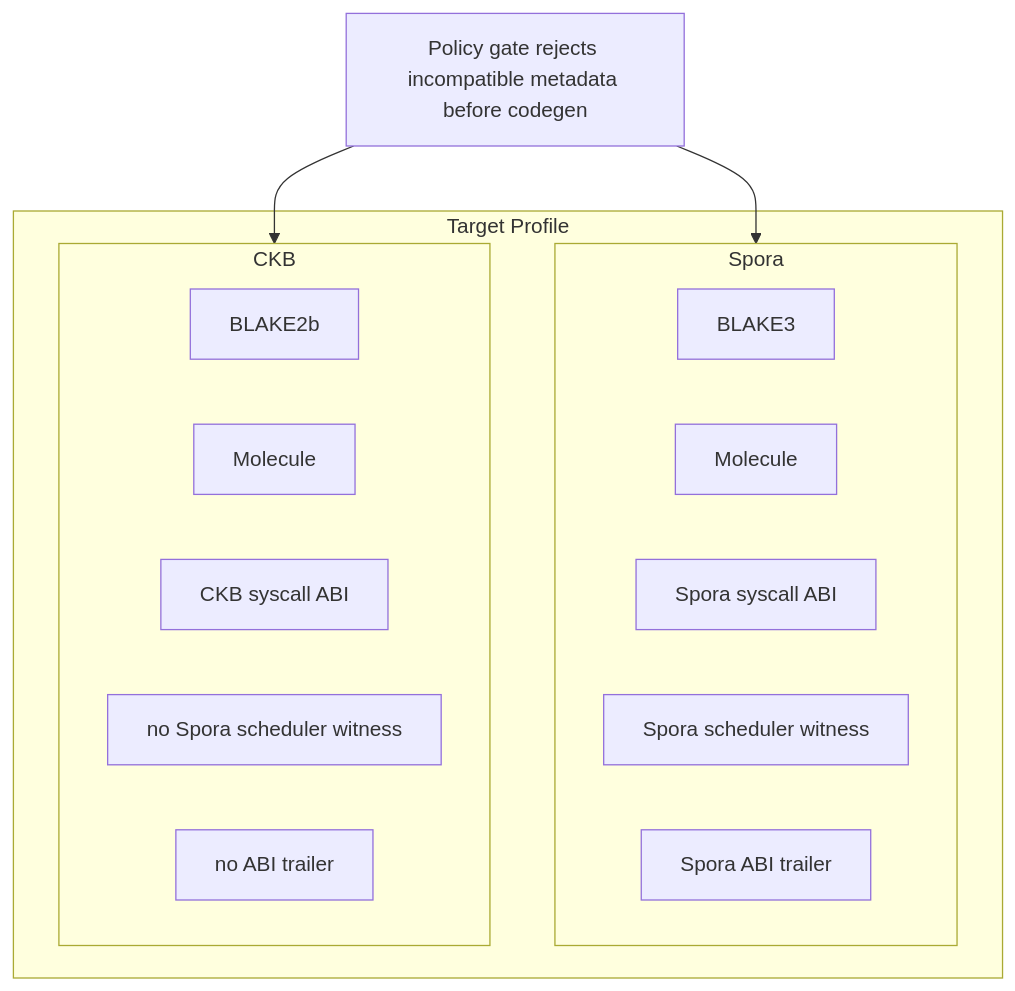
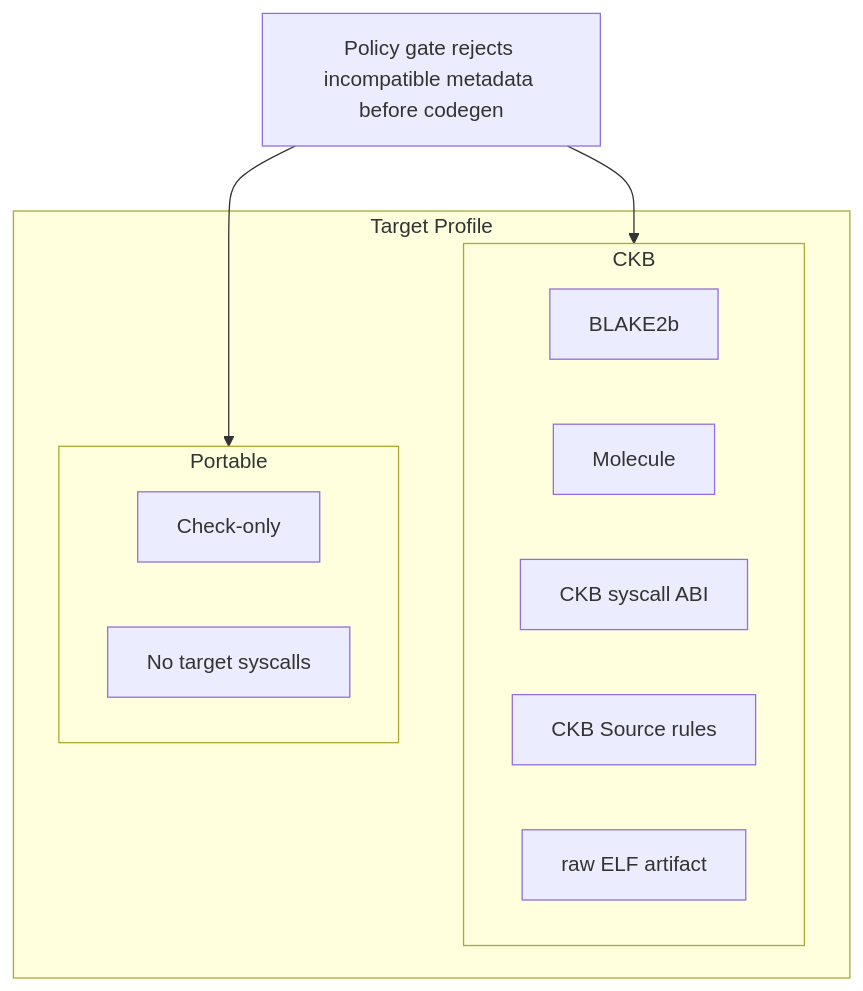
The second of 2 diagrams in README.md (tsukifune-kosei/CellScript), drawn with Mermaid before and after one commit. The commit also changed other lines of this file and 12 other files, not shown here.

````diff
--- a/README.md
+++ b/README.md
@@ -441,21 +435,18 @@
 ```mermaid
 graph TB
     subgraph "Target Profile"
-        subgraph Spora
-            S1[BLAKE3]
-            S2[Molecule]
-            S3[Spora syscall ABI]
-            S4[Spora scheduler witness]
-            S5[Spora ABI trailer]
-        end
         subgraph CKB
             C1[BLAKE2b]
             C2[Molecule]
             C3[CKB syscall ABI]
-            C4["no Spora scheduler witness"]
-            C5["no ABI trailer"]
+            C4["CKB Source rules"]
+            C5["raw ELF artifact"]
+        end
+        subgraph Portable
+            P1[Check-only]
+            P2[No target syscalls]
         end
     end
-    Policy["Policy gate rejects incompatible metadata before codegen"] --> Spora
     Policy --> CKB
+    Policy["Policy gate rejects incompatible metadata before codegen"] --> Portable
 ```
````
